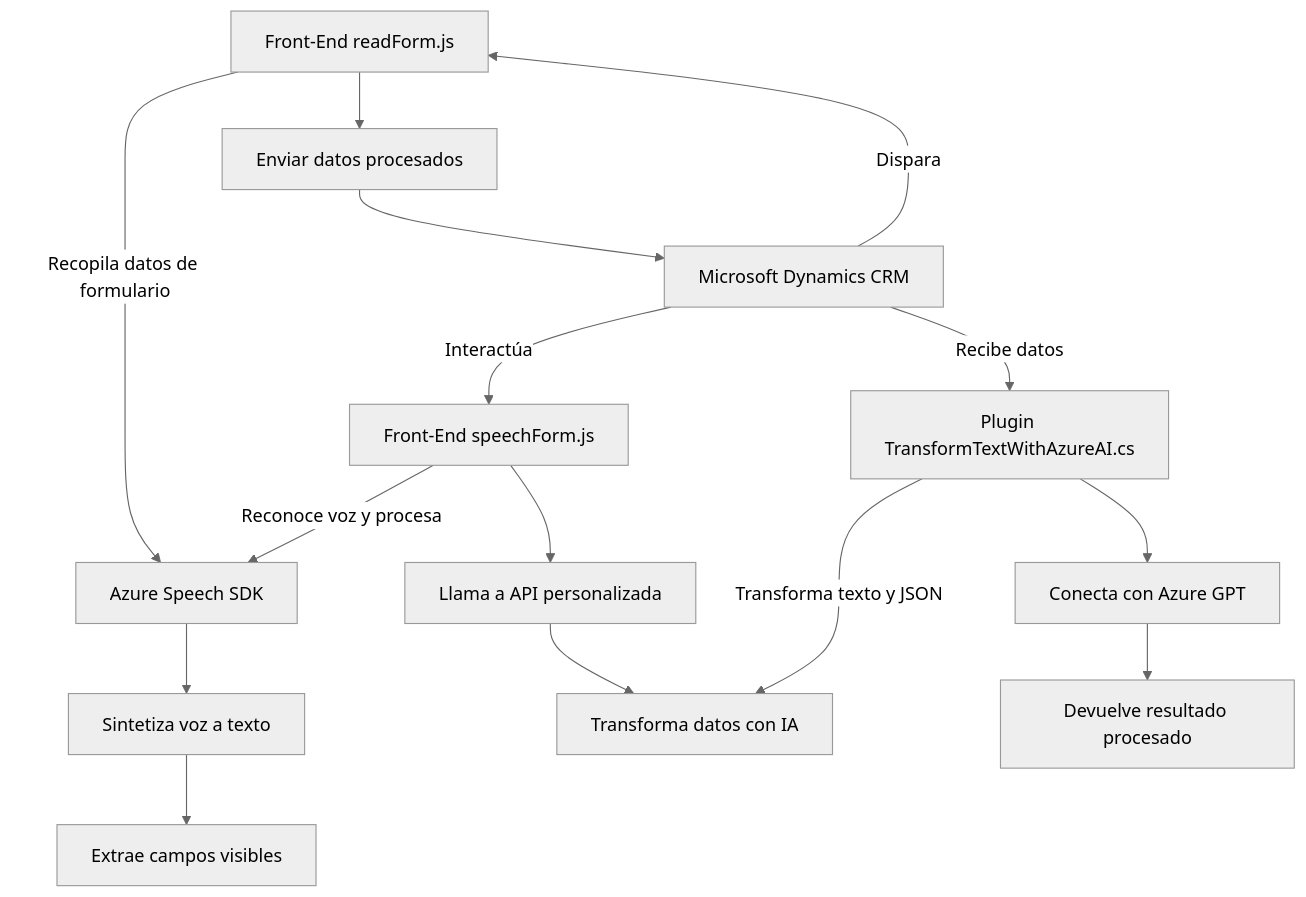
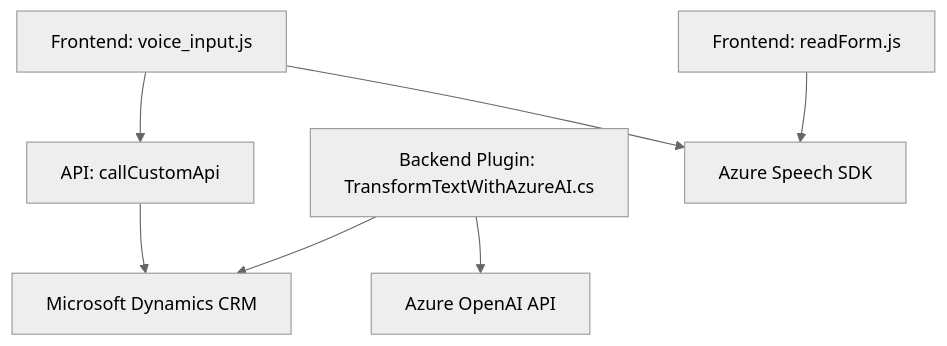
Before and after one commit to blopezdm/NETCORE_BILBAO2025: the diagram in README.md, drawn with Mermaid (neutral theme). The commit also changed other lines of this file, not shown here.

Commit message:
Actualizar análisis global de la solución con IA

````diff
--- a/README.md
+++ b/README.md
@@ -61,21 +30,17 @@
 ```mermaid
 graph TD
-  A[Front-End readForm.js] -->|Recopila datos de formulario| B["Azure Speech SDK"]
-  B --> C["Sintetiza voz a texto"]
-  C --> D["Extrae campos visibles"]
-  A --> E["Enviar datos procesados"]
-  
-  F[Front-End speechForm.js] -->|Reconoce voz y procesa| B 
-  F --> G["Llama a API personalizada"]
-  G --> H["Transforma datos con IA"]
-  
-  I[Plugin TransformTextWithAzureAI.cs] -->|Transforma texto y JSON| H
-  I --> J["Conecta con Azure GPT"]
-  J --> K["Devuelve resultado procesado"]
+    A["Frontend: voice_input.js"]
+    B["Frontend: readForm.js"]
+    C["API: callCustomApi"]
+    D["Backend Plugin: TransformTextWithAzureAI.cs"]
+    E["Azure OpenAI API"]
+    F["Azure Speech SDK"]
+    G["Microsoft Dynamics CRM"]
 
-  L["Microsoft Dynamics CRM"] -->|Dispara| A
-  L -->|Interactúa| F
-  L -->|"Recibe datos"| I
-
-  E --> L
+    A --> F
+    B --> F
+    A --> C
+    C --> G
+    D --> E
+    D --> G
 ```
````
